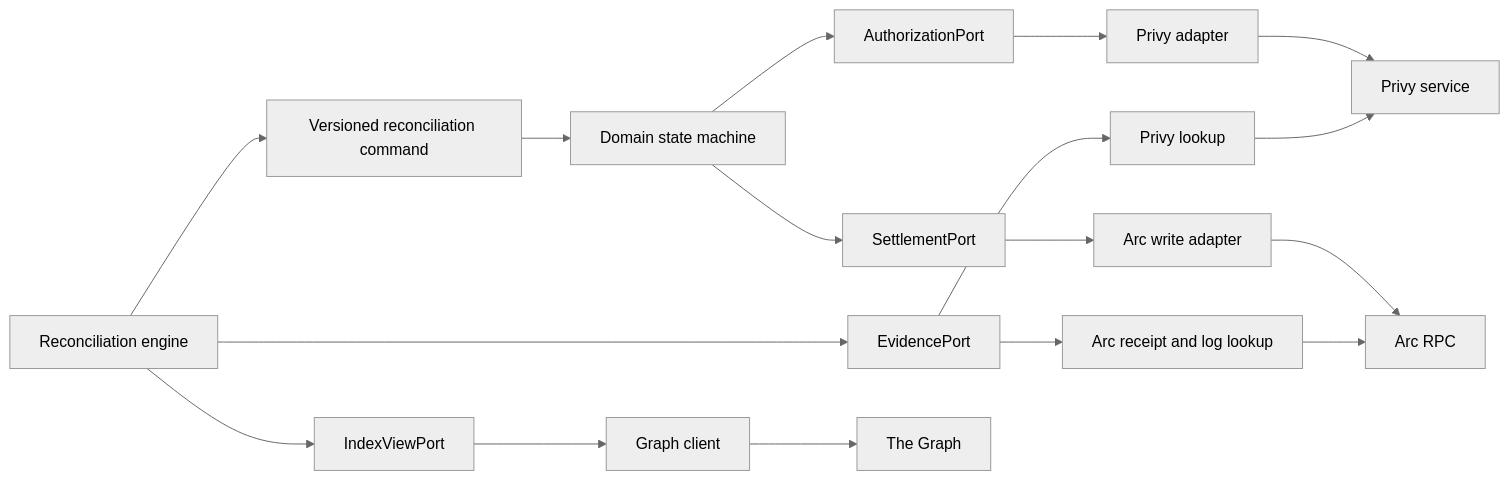
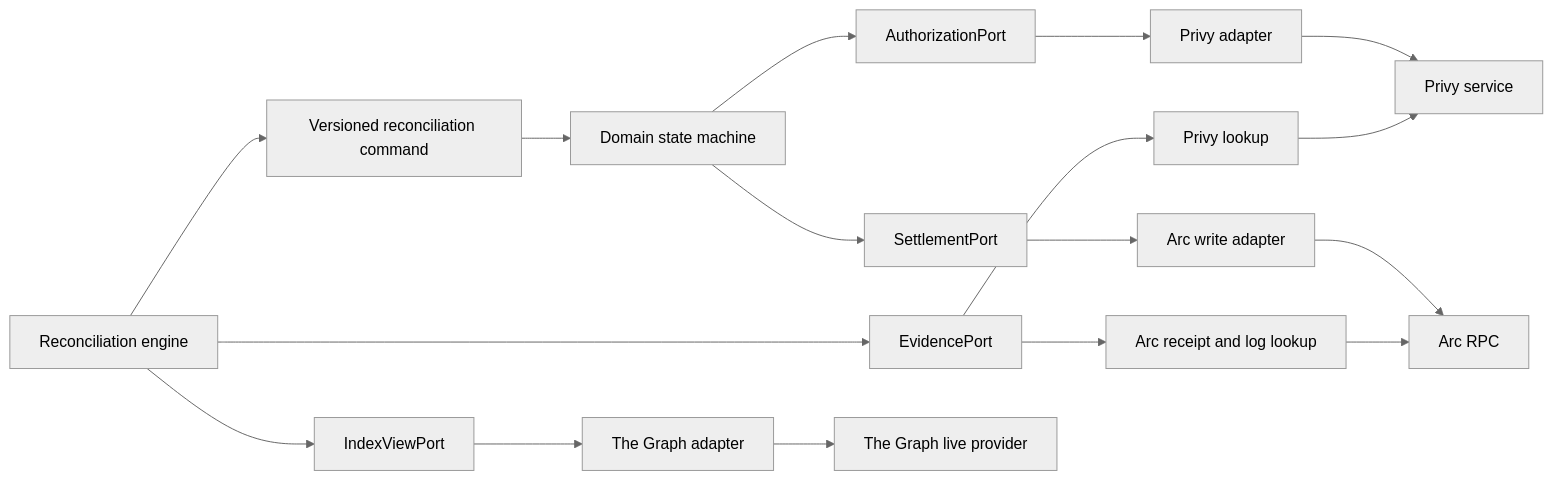
One commit to SWOFART/OneShot changed the sixth of 7 diagrams in docs/DOMAIN_ARCHITECTURE.md. Above: the diagram before and after it, drawn with Mermaid (neutral theme). The commit also changed other lines of this file and 31 other files, not shown here.

````diff
--- a/docs/DOMAIN_ARCHITECTURE.md
+++ b/docs/DOMAIN_ARCHITECTURE.md
@@ -192,25 +205,25 @@
 ```mermaid
 flowchart LR
     Domain[Domain state machine]
     Reconciliation[Reconciliation engine]
     Command[Versioned reconciliation command]
 
     Domain --> Auth[AuthorizationPort]
     Domain --> Settle[SettlementPort]
     Reconciliation --> Evidence[EvidencePort]
     Reconciliation --> Index[IndexViewPort]
     Reconciliation --> Command
     Command --> Domain
 
     Auth --> Privy[Privy adapter]
     Settle --> ArcWrite[Arc write adapter]
     Evidence --> PrivyRead[Privy lookup]
     Evidence --> ArcRead[Arc receipt and log lookup]
-    Index --> GraphClient[Graph client]
+    Index --> HistoryAdapter[The Graph adapter]
 
     Privy --> External1[Privy service]
     ArcWrite --> External2[Arc RPC]
     PrivyRead --> External1
     ArcRead --> External2
-    GraphClient --> External3[The Graph]
+    HistoryAdapter --> External3[The Graph live provider]
 ```
````
